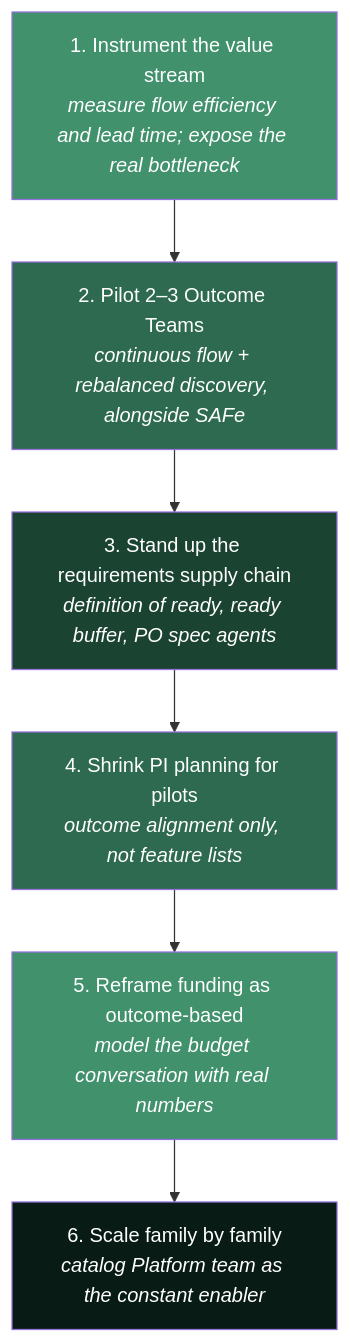
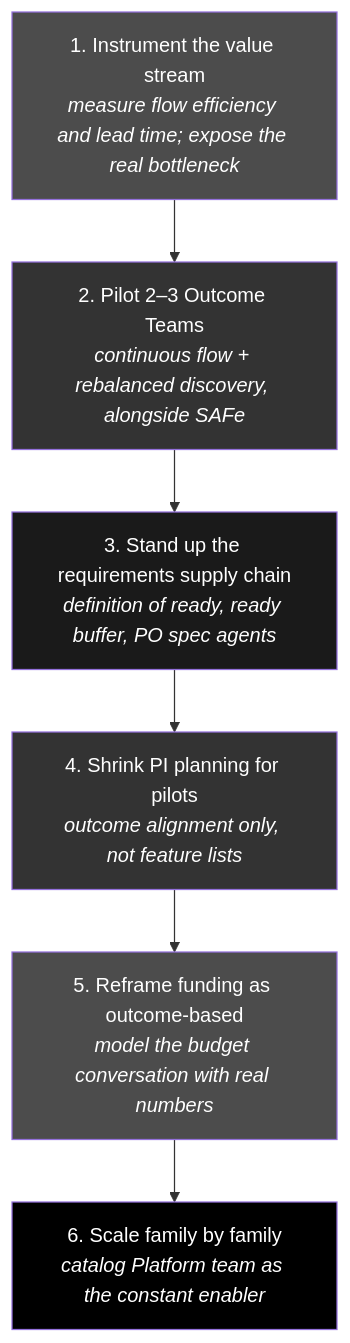
One commit to RED-Internal-Development/delivery-operating-model changed the seventh of 7 diagrams in docs/future-delivery-operating-model.md. Above: the diagram before and after it, drawn with Mermaid. The commit also changed other lines of this file, not shown here.

````diff
--- a/docs/future-delivery-operating-model.md
+++ b/docs/future-delivery-operating-model.md
@@ -255,18 +287,18 @@
 ```mermaid
 flowchart TB
     S1["1. Instrument the value stream<br/><i>measure flow efficiency and lead time; expose the real bottleneck</i>"]
     S2["2. Pilot 2–3 Outcome Teams<br/><i>continuous flow + rebalanced discovery, alongside SAFe</i>"]
     S3["3. Stand up the requirements supply chain<br/><i>definition of ready, ready buffer, PO spec agents</i>"]
     S4["4. Shrink PI planning for pilots<br/><i>outcome alignment only, not feature lists</i>"]
     S5["5. Reframe funding as outcome-based<br/><i>model the budget conversation with real numbers</i>"]
     S6["6. Scale family by family<br/><i>catalog Platform team as the constant enabler</i>"]
 
     S1 --> S2 --> S3 --> S4 --> S5 --> S6
 
-    style S1 fill:#40916c,color:#fff
-    style S2 fill:#2d6a4f,color:#fff
-    style S3 fill:#1b4332,color:#fff
-    style S4 fill:#2d6a4f,color:#fff
-    style S5 fill:#40916c,color:#fff
-    style S6 fill:#081c15,color:#fff
+    style S1 fill:#4C4C4C,color:#fff
+    style S2 fill:#333333,color:#fff
+    style S3 fill:#1A1A1A,color:#fff
+    style S4 fill:#333333,color:#fff
+    style S5 fill:#4C4C4C,color:#fff
+    style S6 fill:#000000,color:#fff
 ```
````
